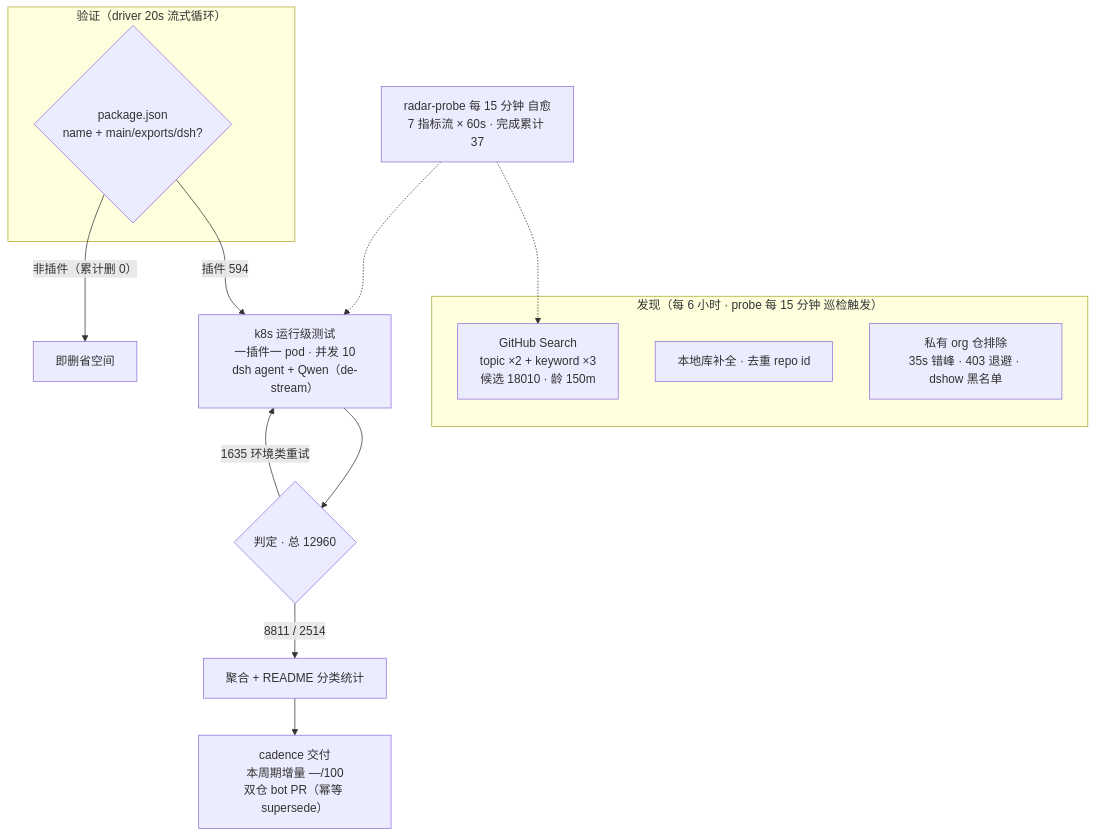
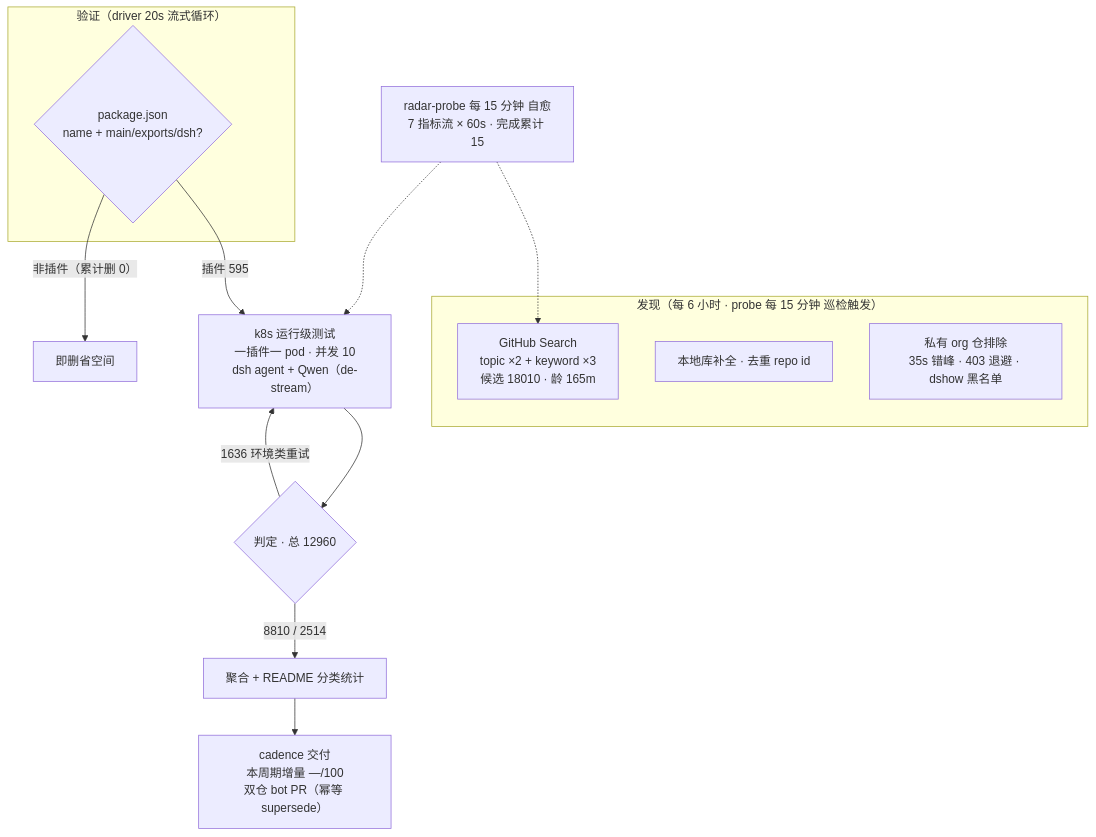
The diagram in README.md (AdamPlatin123/awesome-dsh-plugins), drawn with Mermaid before and after one commit. The commit also changed other lines of this file and 5 other files, not shown here.

````diff
--- a/README.md
+++ b/README.md
@@ -52,20 +52,20 @@
 ```mermaid
 flowchart TB
     subgraph Discovery["发现（每 6 小时 · probe 每 15 分钟 巡检触发）"]
-        A1["GitHub Search<br/>topic ×2 + keyword ×3<br/>候选 18010 · 龄 150m"]
+        A1["GitHub Search<br/>topic ×2 + keyword ×3<br/>候选 18010 · 龄 165m"]
         A2["本地库补全 · 去重 repo id"]
         A3["私有 org 仓排除<br/>35s 错峰 · 403 退避 · dshow 黑名单"]
     end
     subgraph Validation["验证（driver 20s 流式循环）"]
         B1{"package.json<br/>name + main/exports/dsh?"}
     end
-    B1 -->|"插件 594"| C1["k8s 运行级测试<br/>一插件一 pod · 并发 10<br/>dsh agent + Qwen（de-stream）"]
+    B1 -->|"插件 595"| C1["k8s 运行级测试<br/>一插件一 pod · 并发 10<br/>dsh agent + Qwen（de-stream）"]
     B1 -->|"非插件（累计删 0）"| B3["即删省空间"]
     C1 --> D1{"判定 · 总 12960"}
-    D1 -->|"8811 / 2514"| E1["聚合 + README 分类统计"]
-    D1 -->|"1635 环境类重试"| C1
+    D1 -->|"8810 / 2514"| E1["聚合 + README 分类统计"]
+    D1 -->|"1636 环境类重试"| C1
     E1 --> E2["cadence 交付<br/>本周期增量 —/100<br/>双仓 bot PR（幂等 supersede）"]
-    M["radar-probe 每 15 分钟 自愈<br/>7 指标流 × 60s · 完成累计 37"]
+    M["radar-probe 每 15 分钟 自愈<br/>7 指标流 × 60s · 完成累计 15"]
     M -.-> A1
     M -.-> C1
 ```
````
